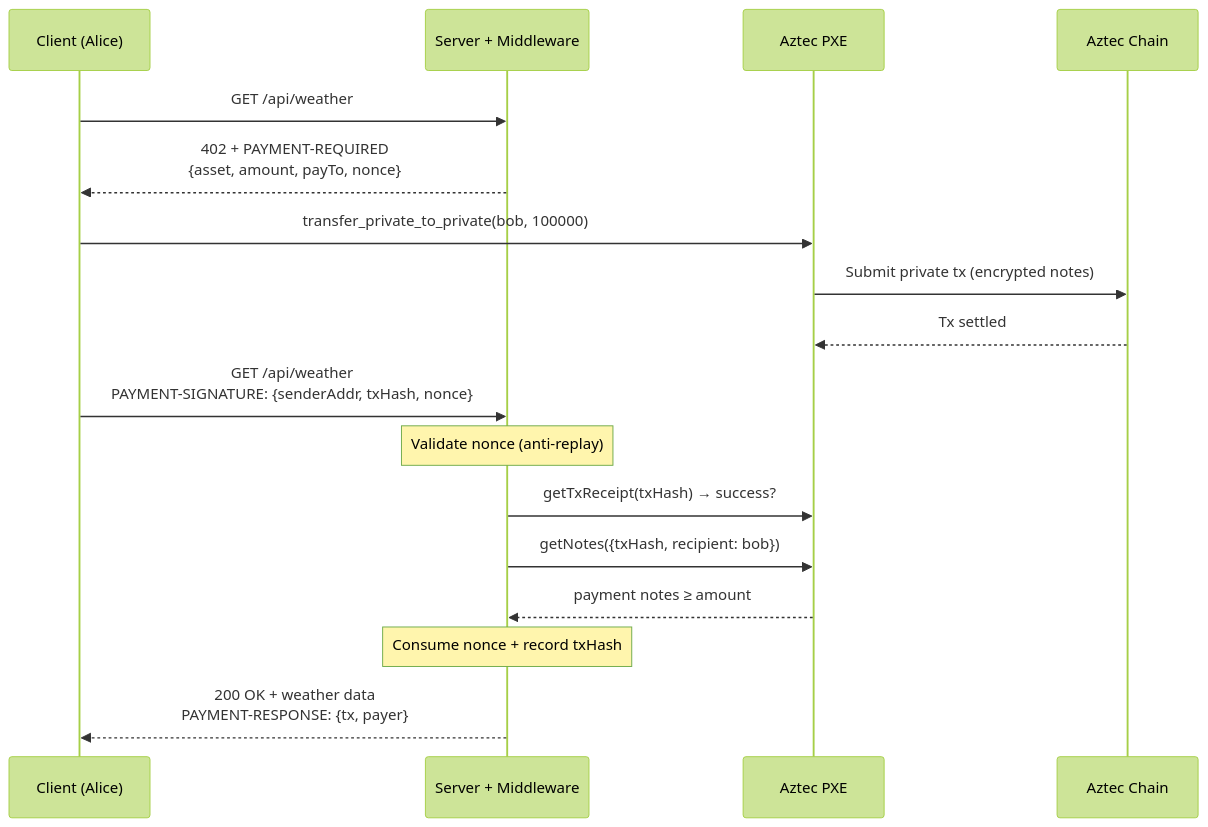
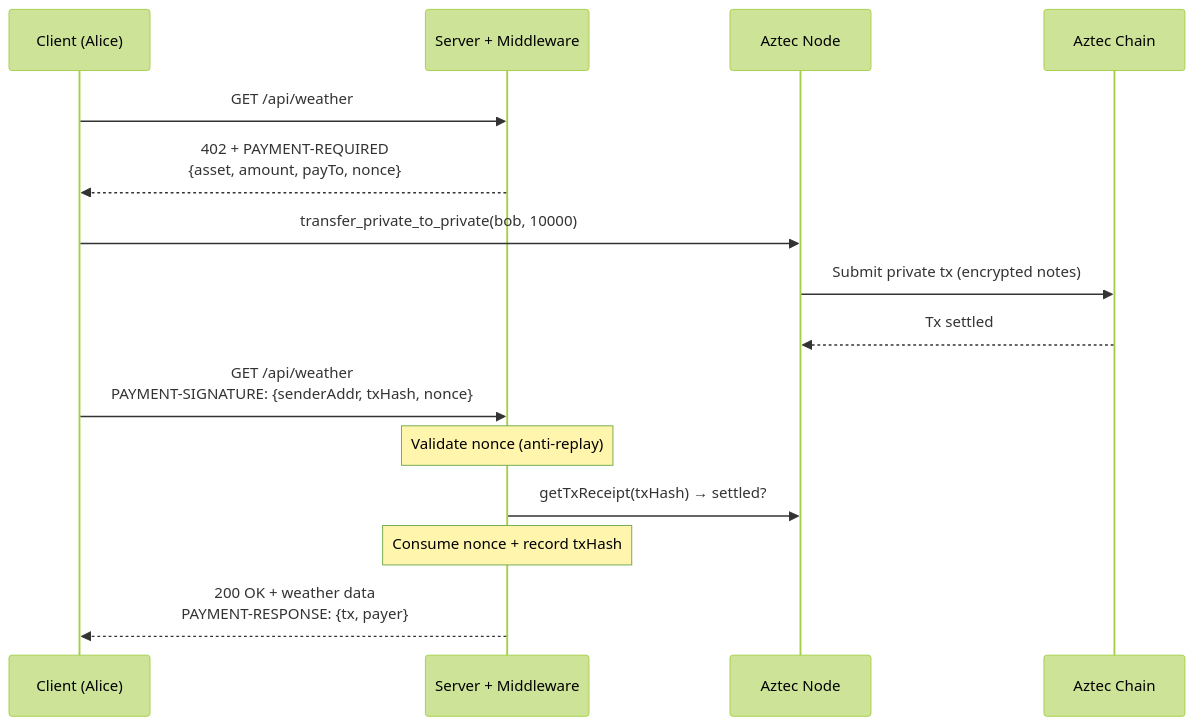
The first of 3 diagrams in readme.md (Galactica-corp/aztec-x402), drawn with Mermaid (forest theme) before and after one commit. The commit also changed other lines of this file and 10 other files, not shown here.

````diff
--- a/readme.md
+++ b/readme.md
@@ -9,24 +9,22 @@
 ```mermaid
 sequenceDiagram
     participant Client as Client (Alice)
     participant Server as Server + Middleware
-    participant PXE as Aztec PXE
+    participant Node as Aztec Node
     participant Chain as Aztec Chain
 
     Client->>Server: GET /api/weather
     Server-->>Client: 402 + PAYMENT-REQUIRED<br/>{asset, amount, payTo, nonce}
 
-    Client->>PXE: transfer_private_to_private(bob, 100000)
-    PXE->>Chain: Submit private tx (encrypted notes)
-    Chain-->>PXE: Tx settled
+    Client->>Node: transfer_private_to_private(bob, 10000)
+    Node->>Chain: Submit private tx (encrypted notes)
+    Chain-->>Node: Tx settled
 
     Client->>Server: GET /api/weather<br/>PAYMENT-SIGNATURE: {senderAddr, txHash, nonce}
 
     Note over Server: Validate nonce (anti-replay)
-    Server->>PXE: getTxReceipt(txHash) → success?
-    Server->>PXE: getNotes({txHash, recipient: bob})
-    PXE-->>Server: payment notes ≥ amount
+    Server->>Node: getTxReceipt(txHash) → settled?
 
     Note over Server: Consume nonce + record txHash
     Server-->>Client: 200 OK + weather data<br/>PAYMENT-RESPONSE: {tx, payer}
 ```
````
